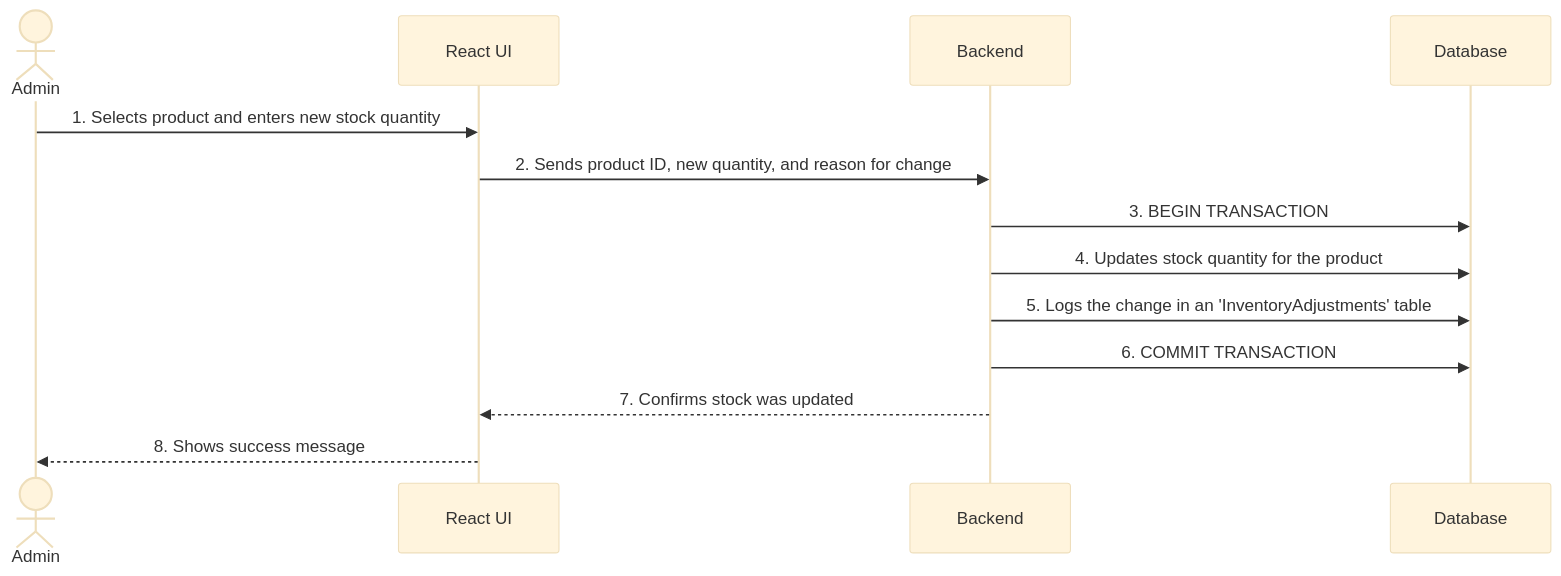
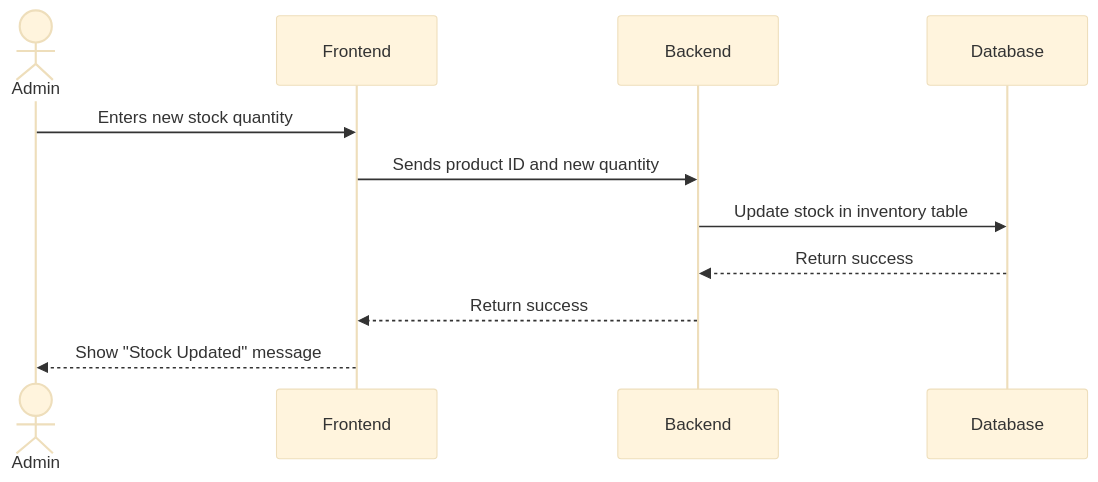
Before and after one commit to rohitagarwal-gkmit/retailpulse-docs: the fourth of 5 diagrams in docs/technical/data_flow.md, drawn with Mermaid. The commit also changed other lines of this file and 1 other file, not shown here.

Commit message:
[refactor]: Simplify data flow and schema design

````diff
--- a/docs/technical/data_flow.md
+++ b/docs/technical/data_flow.md
@@ -81,17 +78,15 @@
 ```mermaid
-%%{init: {'theme':'base', 'themeVariables': { 'fontSize':'38px', 'fontFamily':'Arial'}}}%%
+%%{init: {'theme':'base', 'themeVariables': { 'fontSize':'18px', 'fontFamily':'Arial'}}}%%
 sequenceDiagram
     actor Admin
-    participant UI as React UI
+    participant UI as Frontend
     participant API as Backend
     participant DB as Database
 
-    Admin->>UI: 1. Selects product and enters new stock quantity
-    UI->>API: 2. Sends product ID, new quantity, and reason for change
-    API->>DB: 3. BEGIN TRANSACTION
-    API->>DB: 4. Updates stock quantity for the product
-    API->>DB: 5. Logs the change in an 'InventoryAdjustments' table
-    API->>DB: 6. COMMIT TRANSACTION
-    API-->>UI: 7. Confirms stock was updated
-    UI-->>Admin: 8. Shows success message
+    Admin->>UI: Enters new stock quantity
+    UI->>API: Sends product ID and new quantity
+    API->>DB: Update stock in inventory table
+    DB-->>API: Return success
+    API-->>UI: Return success
+    UI-->>Admin: Show "Stock Updated" message
 ```
````
